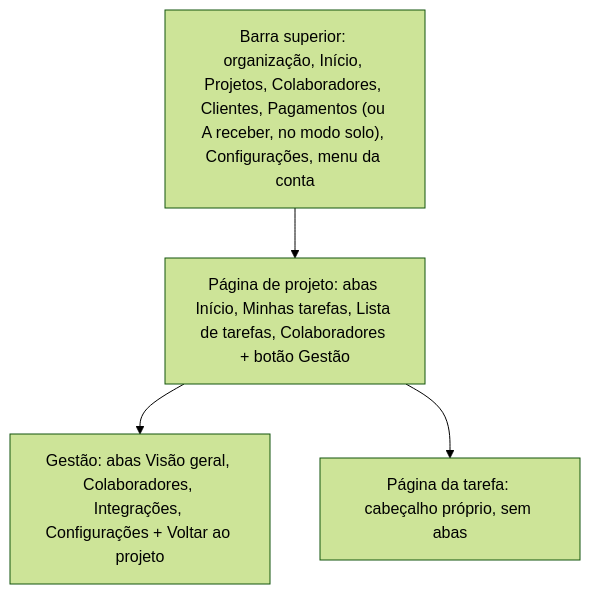
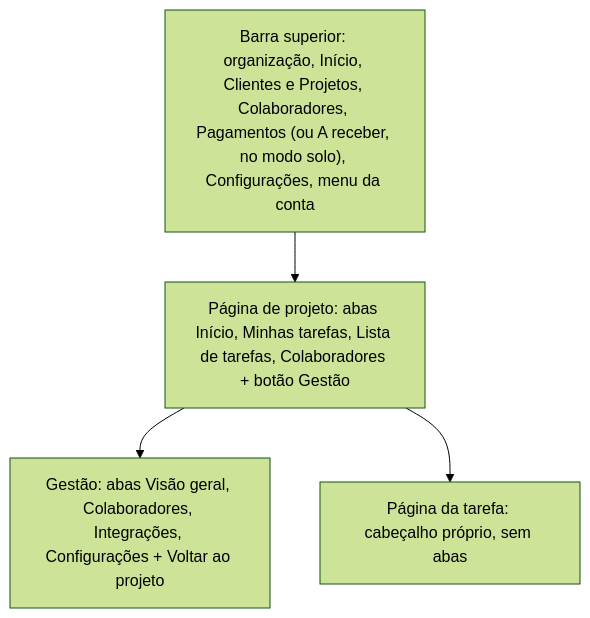
Before and after one commit to itallovidal/working-time-tracker: the diagram in _docs/frontend/patterns.md, drawn with Mermaid (forest theme). The commit also changed other lines of this file and 13 other files, not shown here.

First line of the commit message:
feat: hamburger menu below 1024px, and Clientes e Projetos without the owner's sentence and the billing in the customer headers (Sprint 120)

````diff
--- a/_docs/frontend/patterns.md
+++ b/_docs/frontend/patterns.md
@@ -9,7 +9,7 @@
 ```mermaid
 flowchart TB
-    top["Barra superior: organização, Início, Projetos, Colaboradores, Clientes, Pagamentos (ou A receber, no modo solo), Configurações, menu da conta"]
+    top["Barra superior: organização, Início, Clientes e Projetos, Colaboradores, Pagamentos (ou A receber, no modo solo), Configurações, menu da conta"]
     top --> proj["Página de projeto: abas Início, Minhas tarefas, Lista de tarefas, Colaboradores + botão Gestão"]
     proj --> mgmt["Gestão: abas Visão geral, Colaboradores, Integrações, Configurações + Voltar ao projeto"]
     proj --> task["Página da tarefa: cabeçalho próprio, sem abas"]
 ```
````
